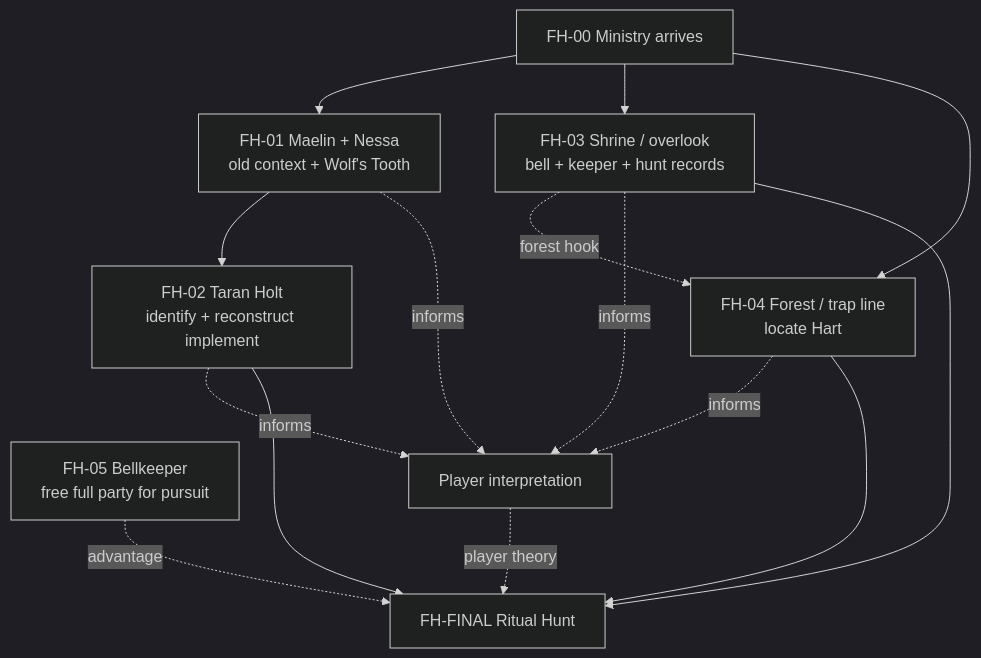
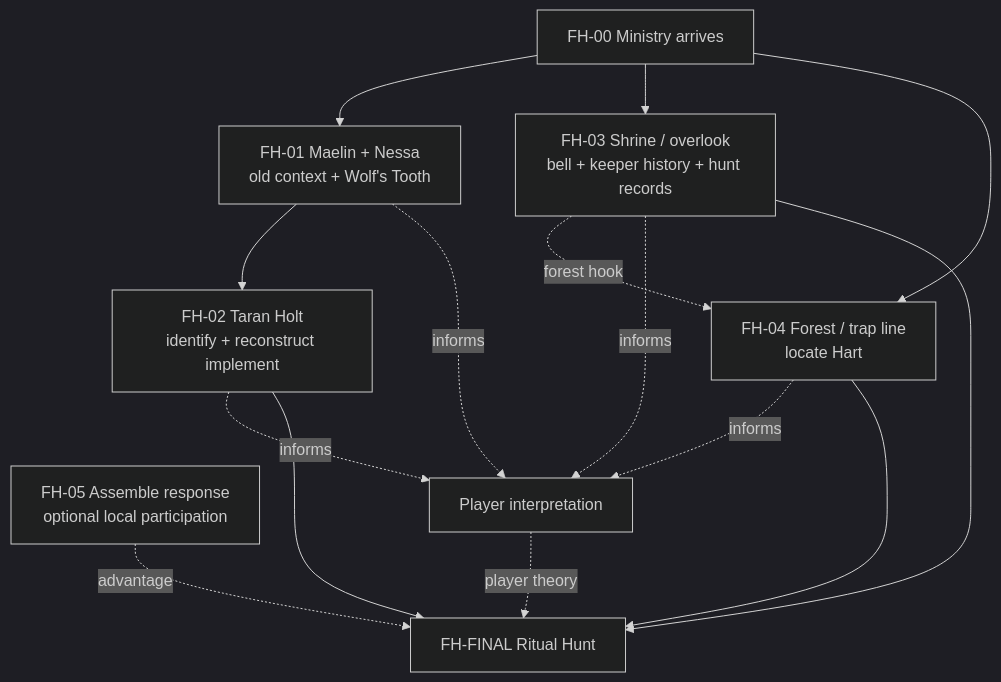
The diagram in adventures/forests-hart/gm/design/workflow.md (flip-z/flip-z.github.io), drawn with Mermaid (dark theme) before and after one commit. The commit also changed other lines of this file and 5 other files, not shown here.

````diff
--- a/adventures/forests-hart/gm/design/workflow.md
+++ b/adventures/forests-hart/gm/design/workflow.md
@@ -105,26 +113,26 @@
 ```mermaid
 flowchart TD
     ENTRY["FH-00 Ministry arrives"]
     SAGE["FH-01 Maelin + Nessa<br/>old context + Wolf's Tooth"]
     SMITH["FH-02 Taran Holt<br/>identify + reconstruct implement"]
-    SHRINE["FH-03 Shrine / overlook<br/>bell + keeper + hunt records"]
+    SHRINE["FH-03 Shrine / overlook<br/>bell + keeper history + hunt records"]
     HUNTER["FH-04 Forest / trap line<br/>locate Hart"]
-    KEEPER["FH-05 Bellkeeper<br/>free full party for pursuit"]
+    RESPONSE["FH-05 Assemble response<br/>optional local participation"]
     INFER["Player interpretation"]
     FINAL["FH-FINAL Ritual Hunt"]
 
     ENTRY --> SAGE
     ENTRY --> SHRINE
     ENTRY --> HUNTER
     SHRINE -. forest hook .-> HUNTER
     SAGE --> SMITH
     SAGE -. informs .-> INFER
     SMITH -. informs .-> INFER
     SHRINE -. informs .-> INFER
     HUNTER -. informs .-> INFER
     SMITH --> FINAL
     SHRINE --> FINAL
     HUNTER --> FINAL
     INFER -. player theory .-> FINAL
-    KEEPER -. advantage .-> FINAL
+    RESPONSE -. advantage .-> FINAL
 ```
````
